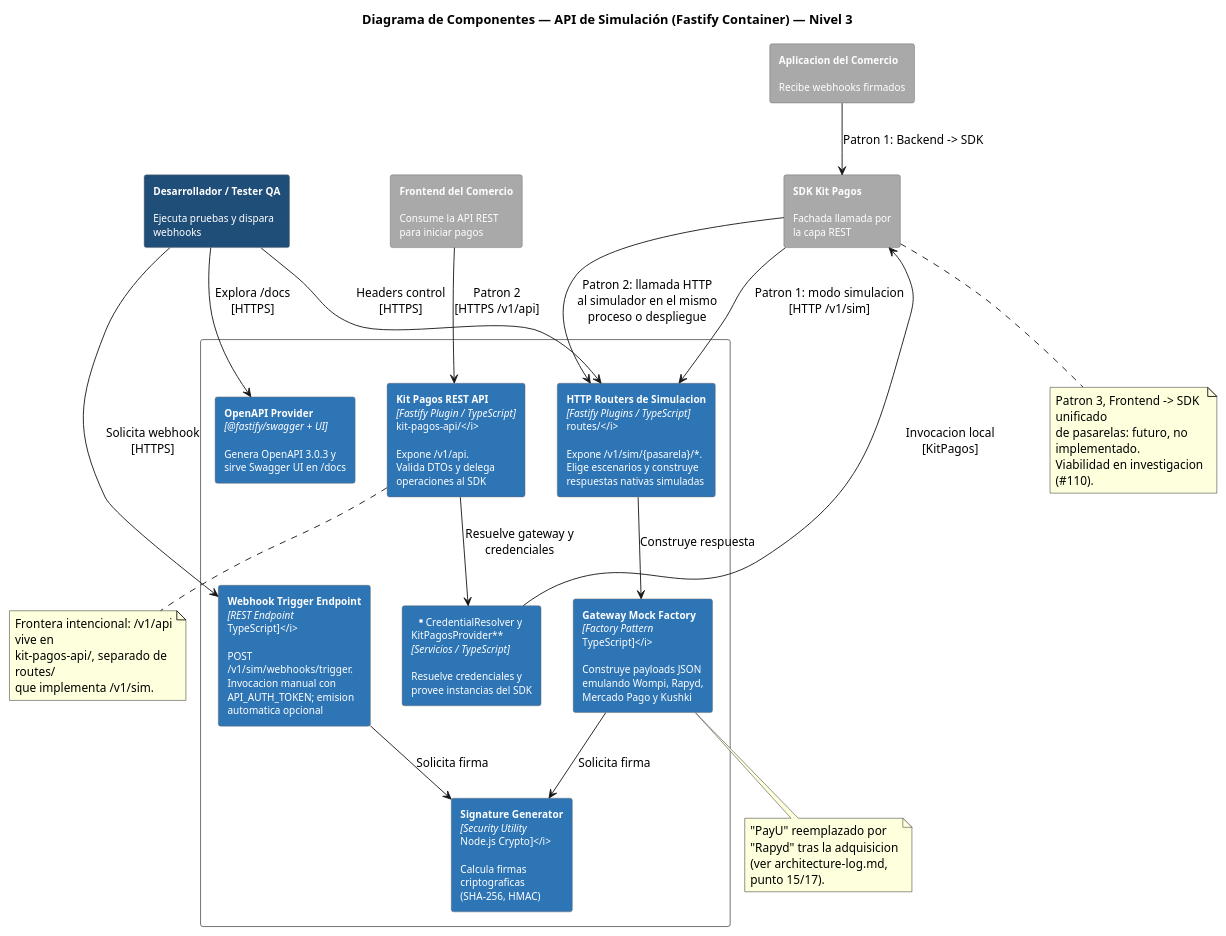
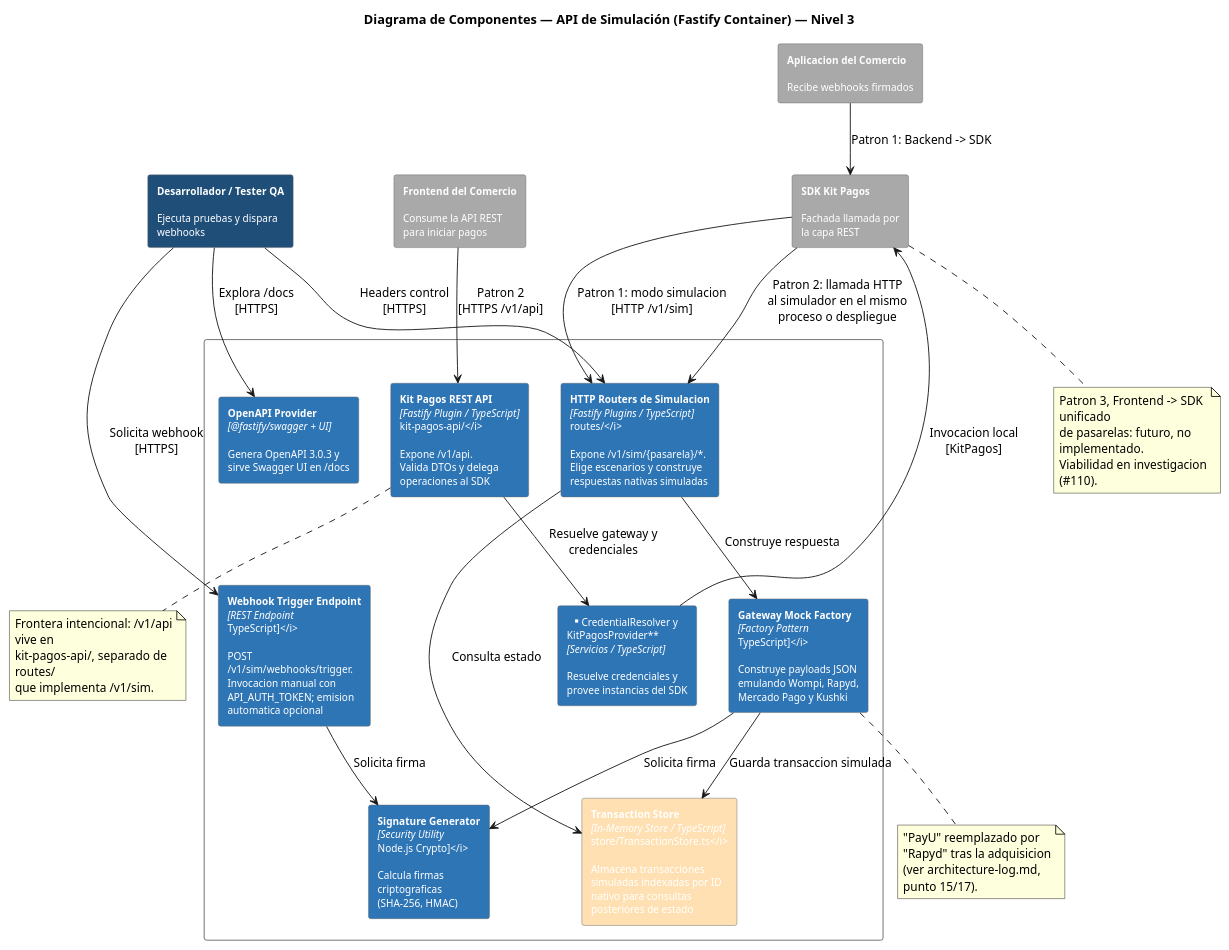
Before and after one commit to PurosBrothers/Kit-Pagos-Colombia---Tesis: the diagram in docs/architecture/Simulador API/diagrams-source/component-diagram.puml, drawn with PlantUML. The commit also changed 12 other files, not shown here.

First line of the commit message:
docs(docs): update diagrams

```diff
--- a/docs/architecture/Simulador API/diagrams-source/component-diagram.puml
+++ b/docs/architecture/Simulador API/diagrams-source/component-diagram.puml
@@ -1,58 +1,61 @@
 @startuml Component Diagram - Simulador API
 title Diagrama de Componentes — API de Simulación (Fastify Container) — Nivel 3
 skinparam backgroundColor white
 skinparam rectangleFontSize 11
 skinparam wrapWidth 190
 skinparam rectangle {
   BorderColor #666666
   ArrowColor #666666
   FontColor white
 }
 
 rectangle "**Desarrollador / Tester QA**\n\nEjecuta pruebas y dispara\nwebhooks" as Dev #1F4E79
 rectangle "**Frontend del Comercio**\n\nConsume la API REST\npara iniciar pagos" as Frontend #A9A9A9
 rectangle "**Aplicacion del Comercio**\n\nRecibe webhooks firmados" as Comercio #A9A9A9
 rectangle "**SDK Kit Pagos**\n\nFachada llamada por\nla capa REST" as SDK #A9A9A9
 
 rectangle "API de Simulacion (Fastify / Node.js 18+)\n[container]" as System #FFFFFF {
   rectangle "**Kit Pagos REST API**\n<i>[Fastify Plugin / TypeScript]\nkit-pagos-api/</i>\n\nExpone /v1/api.\nValida DTOs y delega\noperaciones al SDK" as RestApi #2E75B6
   rectangle "**HTTP Routers de Simulacion**\n<i>[Fastify Plugins / TypeScript]\nroutes/</i>\n\nExpone /v1/sim/{pasarela}/*.\nElige escenarios y construye\nrespuestas nativas simuladas" as Router #2E75B6
   rectangle "**CredentialResolver y\nKitPagosProvider**\n<i>[Servicios / TypeScript]</i>\n\nResuelve credenciales y\nprovee instancias del SDK" as Provider #2E75B6
   rectangle "**Webhook Trigger Endpoint**\n<i>[REST Endpoint\nTypeScript]</i>\n\nPOST\n/v1/sim/webhooks/trigger.\nInvocacion manual con\nAPI_AUTH_TOKEN; emision\nautomatica opcional" as WebhookEndpoint #2E75B6
   rectangle "**OpenAPI Provider**\n<i>[@fastify/swagger + UI]</i>\n\nGenera OpenAPI 3.0.3 y\nsirve Swagger UI en /docs" as OpenAPI #2E75B6
   rectangle "**Gateway Mock Factory**\n<i>[Factory Pattern\nTypeScript]</i>\n\nConstruye payloads JSON\nemulando Wompi, Rapyd,\nMercado Pago y Kushki" as MockFactory #2E75B6
   rectangle "**Signature Generator**\n<i>[Security Utility\nNode.js Crypto]</i>\n\nCalcula firmas\ncriptograficas\n(SHA-256, HMAC)" as SignatureGen #2E75B6
+  rectangle "**Transaction Store**\n<i>[In-Memory Store / TypeScript]\nstore/TransactionStore.ts</i>\n\nAlmacena transacciones\nsimuladas indexadas por ID\nnativo para consultas\nposteriores de estado" as Store #FFE0B2
 }
 
 Frontend --> RestApi : Patron 2\n[HTTPS /v1/api]
 Comercio --> SDK : Patron 1: Backend -> SDK
 RestApi --> Provider : Resuelve gateway y\ncredenciales
 Provider --> SDK : Invocacion local\n[KitPagos]
 SDK --> Router : Patron 2: llamada HTTP\nal simulador en el mismo\nproceso o despliegue
 SDK --> Router : Patron 1: modo simulacion\n[HTTP /v1/sim]
 Dev --> Router : Headers control\n[HTTPS]
 Dev --> WebhookEndpoint : Solicita webhook\n[HTTPS]
 Dev --> OpenAPI : Explora /docs\n[HTTPS]
 
 Router --> MockFactory : Construye respuesta
 MockFactory --> SignatureGen : Solicita firma
 WebhookEndpoint --> SignatureGen : Solicita firma
+MockFactory --> Store : Guarda transaccion simulada
+Router --> Store : Consulta estado
 
 note bottom of RestApi
   Frontera intencional: /v1/api vive en
   kit-pagos-api/, separado de routes/
   que implementa /v1/sim.
 end note
 
 note bottom of SDK
   Patron 3, Frontend -> SDK unificado
   de pasarelas: futuro, no implementado.
   Viabilidad en investigacion (#110).
 end note
 
 note bottom of MockFactory
   "PayU" reemplazado por "Rapyd" tras la adquisicion
   (ver architecture-log.md, punto 15/17).
 end note
 
 @enduml
```
